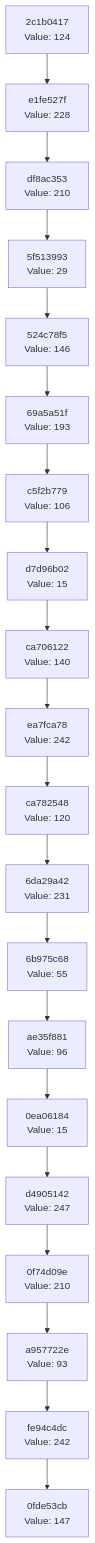
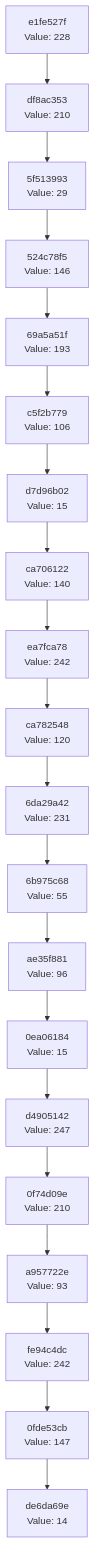
Before and after one commit to Abhisheksinha1506/hash-chain-evolver: the diagram in docs/CHAIN_VISUALIZATION.md, drawn with Mermaid. The commit also changed 3 other files, not shown here.

````diff
--- a/docs/CHAIN_VISUALIZATION.md
+++ b/docs/CHAIN_VISUALIZATION.md
@@ -3,42 +3,42 @@
 ```mermaid
 graph TD
-    C0["0fde53cb<br/>Value: 147"]
-    C1["fe94c4dc<br/>Value: 242"]
+    C0["de6da69e<br/>Value: 14"]
+    C1["0fde53cb<br/>Value: 147"]
     C1 --> C0
-    C2["a957722e<br/>Value: 93"]
+    C2["fe94c4dc<br/>Value: 242"]
     C2 --> C1
-    C3["0f74d09e<br/>Value: 210"]
+    C3["a957722e<br/>Value: 93"]
     C3 --> C2
-    C4["d4905142<br/>Value: 247"]
+    C4["0f74d09e<br/>Value: 210"]
     C4 --> C3
-    C5["0ea06184<br/>Value: 15"]
+    C5["d4905142<br/>Value: 247"]
     C5 --> C4
-    C6["ae35f881<br/>Value: 96"]
+    C6["0ea06184<br/>Value: 15"]
     C6 --> C5
-    C7["6b975c68<br/>Value: 55"]
+    C7["ae35f881<br/>Value: 96"]
     C7 --> C6
-    C8["6da29a42<br/>Value: 231"]
+    C8["6b975c68<br/>Value: 55"]
     C8 --> C7
-    C9["ca782548<br/>Value: 120"]
+    C9["6da29a42<br/>Value: 231"]
     C9 --> C8
-    C10["ea7fca78<br/>Value: 242"]
+    C10["ca782548<br/>Value: 120"]
     C10 --> C9
-    C11["ca706122<br/>Value: 140"]
+    C11["ea7fca78<br/>Value: 242"]
     C11 --> C10
-    C12["d7d96b02<br/>Value: 15"]
+    C12["ca706122<br/>Value: 140"]
     C12 --> C11
-    C13["c5f2b779<br/>Value: 106"]
+    C13["d7d96b02<br/>Value: 15"]
     C13 --> C12
-    C14["69a5a51f<br/>Value: 193"]
+    C14["c5f2b779<br/>Value: 106"]
     C14 --> C13
-    C15["524c78f5<br/>Value: 146"]
+    C15["69a5a51f<br/>Value: 193"]
     C15 --> C14
-    C16["5f513993<br/>Value: 29"]
+    C16["524c78f5<br/>Value: 146"]
     C16 --> C15
-    C17["df8ac353<br/>Value: 210"]
+    C17["5f513993<br/>Value: 29"]
     C17 --> C16
-    C18["e1fe527f<br/>Value: 228"]
+    C18["df8ac353<br/>Value: 210"]
     C18 --> C17
-    C19["2c1b0417<br/>Value: 124"]
+    C19["e1fe527f<br/>Value: 228"]
     C19 --> C18
 ```
````
